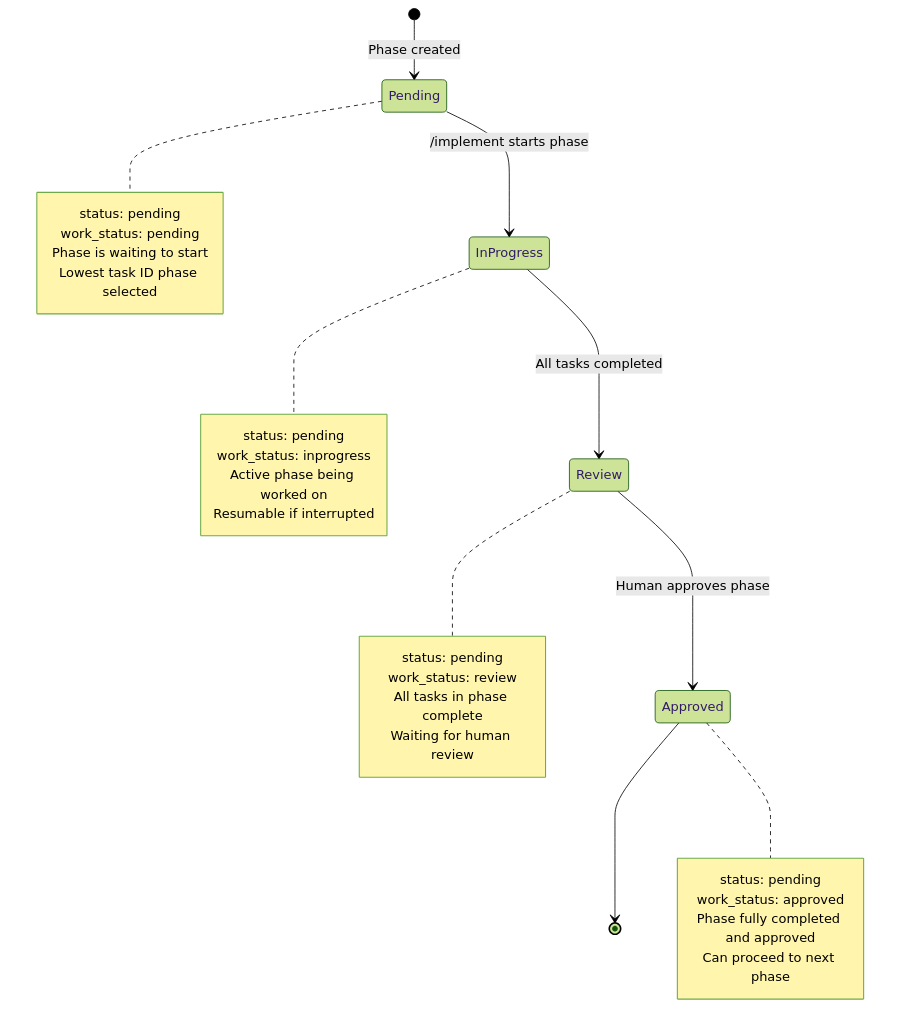
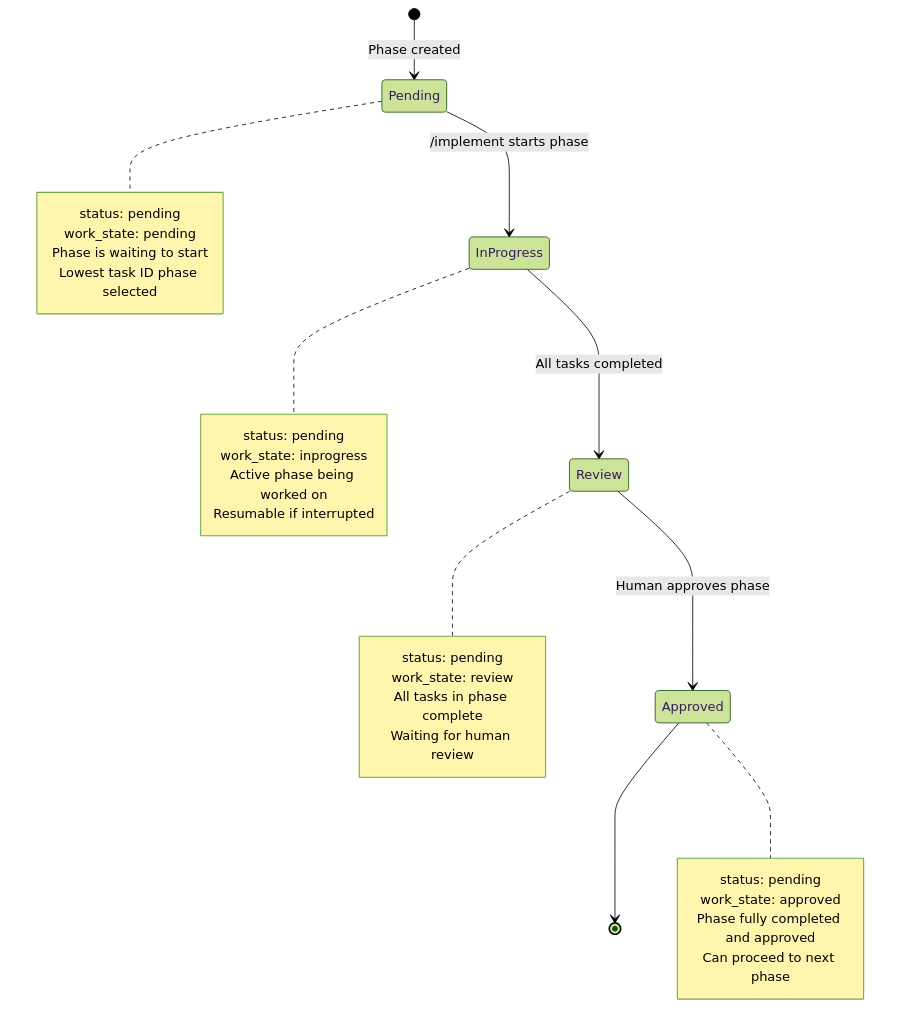
Before and after one commit to matlockx/workflow: the second of 6 diagrams in docs/implement-workflows.md, drawn with Mermaid (forest theme). The commit also changed other lines of this file and 10 other files, not shown here.

````diff
--- a/docs/implement-workflows.md
+++ b/docs/implement-workflows.md
@@ -90,37 +92,37 @@
 ```mermaid
 stateDiagram-v2
     [*] --> Pending: Phase created
 
     Pending --> InProgress: /implement starts phase
     note right of Pending
         status: pending
-        work_status: pending
+        work_state: pending
         Phase is waiting to start
         Lowest task ID phase selected
     end note
 
     InProgress --> Review: All tasks completed
     note right of InProgress
         status: pending
-        work_status: inprogress
+        work_state: inprogress
         Active phase being worked on
         Resumable if interrupted
     end note
 
     Review --> Approved: Human approves phase
     note right of Review
         status: pending
-        work_status: review
+        work_state: review
         All tasks in phase complete
         Waiting for human review
     end note
 
     Approved --> [*]
 
     note right of Approved
         status: pending
-        work_status: approved
+        work_state: approved
         Phase fully completed and approved
         Can proceed to next phase
     end note
 ```
````
